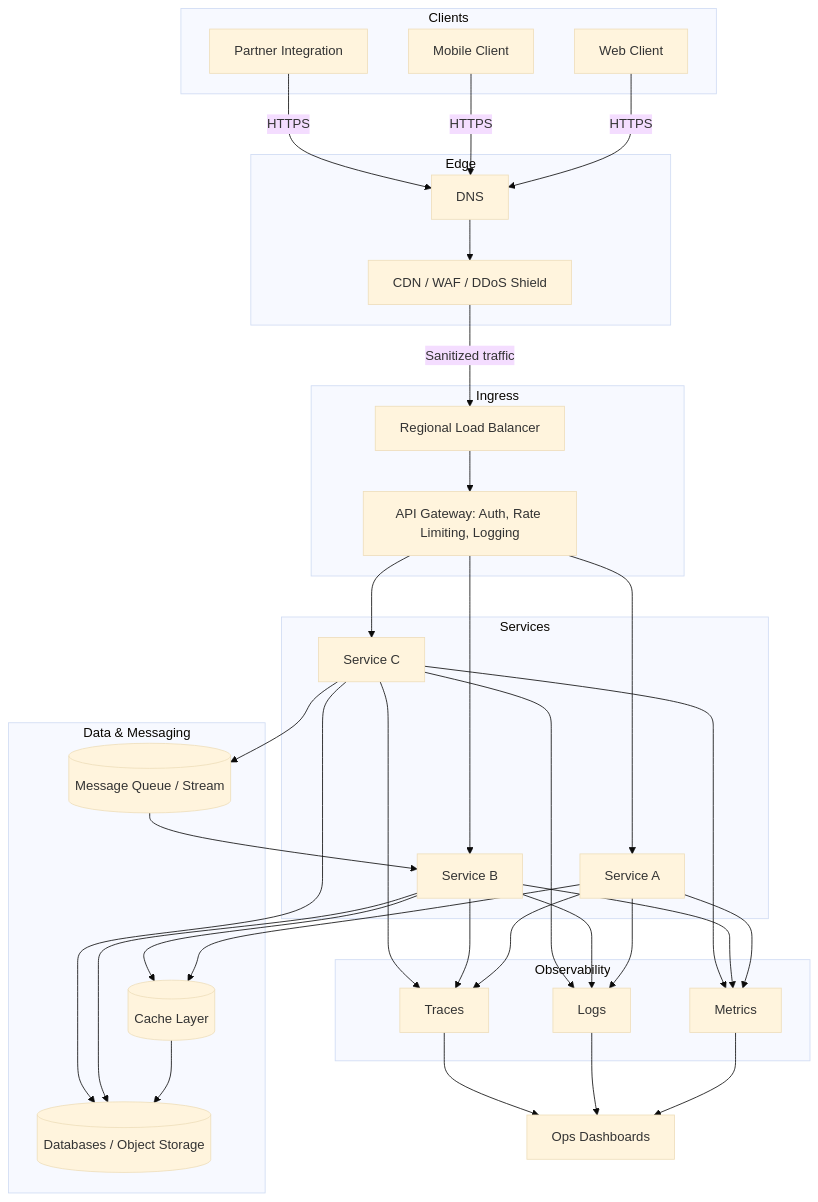
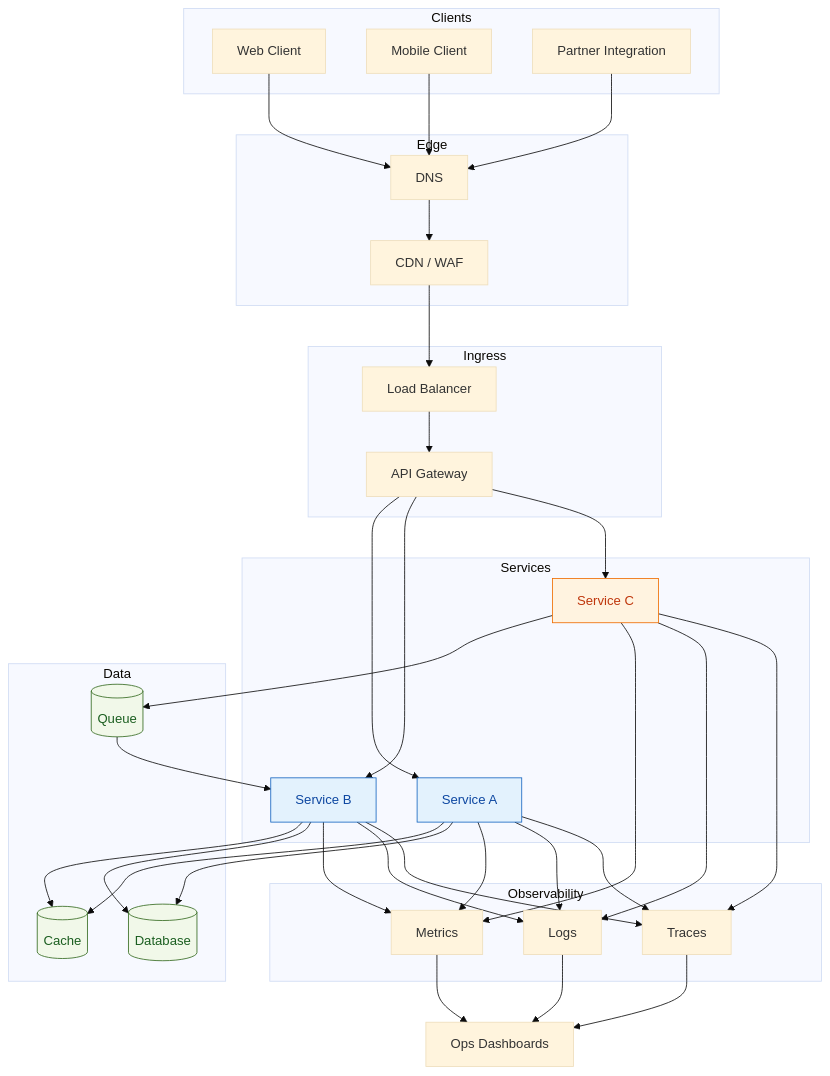
Before and after one commit to 1st/interview: the diagram in 07. System Design/diagrams/system_architecture_map.md, drawn with Mermaid (base theme). The commit also changed other lines of this file and 9 other files, not shown here.

Commit message:
Updated diagrams

````diff
--- a/07. System Design/diagrams/system_architecture_map.md
+++ b/07. System Design/diagrams/system_architecture_map.md
@@ -3,63 +3,71 @@
 ```mermaid
-graph TD
+graph TB
+    classDef sync fill:#e3f2fd,stroke:#1565c0,color:#0d47a1;
+    classDef async fill:#fff3e0,stroke:#ef6c00,color:#bf360c;
+    classDef data fill:#f1f8e9,stroke:#33691e,color:#1b5e20;
+
     subgraph Clients
         A[Web Client]
         B[Mobile Client]
         C[Partner Integration]
     end
     subgraph Edge
         D[DNS]
-        E[CDN / WAF / DDoS Shield]
+        E[CDN / WAF]
     end
     subgraph Ingress
-        F[Regional Load Balancer]
-        G[API Gateway: Auth, Rate Limiting, Logging]
+        F[Load Balancer]
+        G[API Gateway]
     end
     subgraph Services
         H[Service A]
         I[Service B]
         J[Service C]
     end
-    subgraph Data & Messaging
-        K[(Cache Layer)]
-        L[(Message Queue / Stream)]
-        M[(Databases / Object Storage)]
+    subgraph Data
+        K[(Cache)]
+        L[(Database)]
+        M[(Queue)]
     end
     subgraph Observability
         N[Metrics]
         O[Logs]
         P[Traces]
     end
+    Q[Ops Dashboards]
 
-    A -->|HTTPS| D
-    B -->|HTTPS| D
-    C -->|HTTPS| D
+    A --> D
+    B --> D
+    C --> D
     D --> E
-    E -->|Sanitized traffic| F
+    E --> F
     F --> G
     G --> H
     G --> I
     G --> J
 
     H --> K
     I --> K
-    J --> L
-    K --> M
-    I --> M
+    H --> L
+    I --> L
     J --> M
-    L --> I
+    M --> I
 
     H --> N
     H --> O
     H --> P
     I --> N
     I --> O
     I --> P
     J --> N
     J --> O
     J --> P
 
-    N --> Q[Ops Dashboards]
+    N --> Q
     O --> Q
     P --> Q
+
+    class H,I sync;
+    class J async;
+    class K,L,M data;
 ```
````
